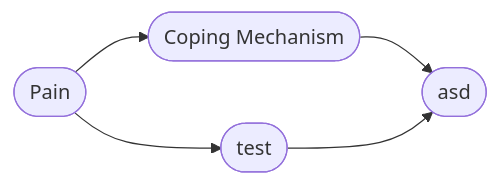
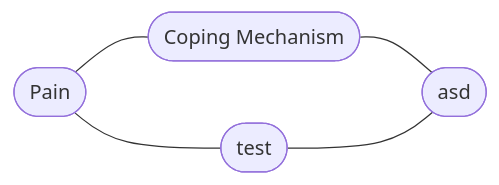
Before and after one commit to freenandes/topo-da-mente: the diagram in content/note/dor_cronica.md, drawn with Mermaid.

Commit message:
vault backup: 2023-10-21 22:46:51

````diff
--- a/content/note/dor_cronica.md
+++ b/content/note/dor_cronica.md
@@ -38,11 +38,11 @@
 ```mermaid
 flowchart LR
 a([Pain])
 b([Coping Mechanism])
 c([test])
 d([asd])
-a-->b
-a-->c
-b-->d
-c-->d
+a---b
+a---c
+b---d
+c---d
 ```
````
